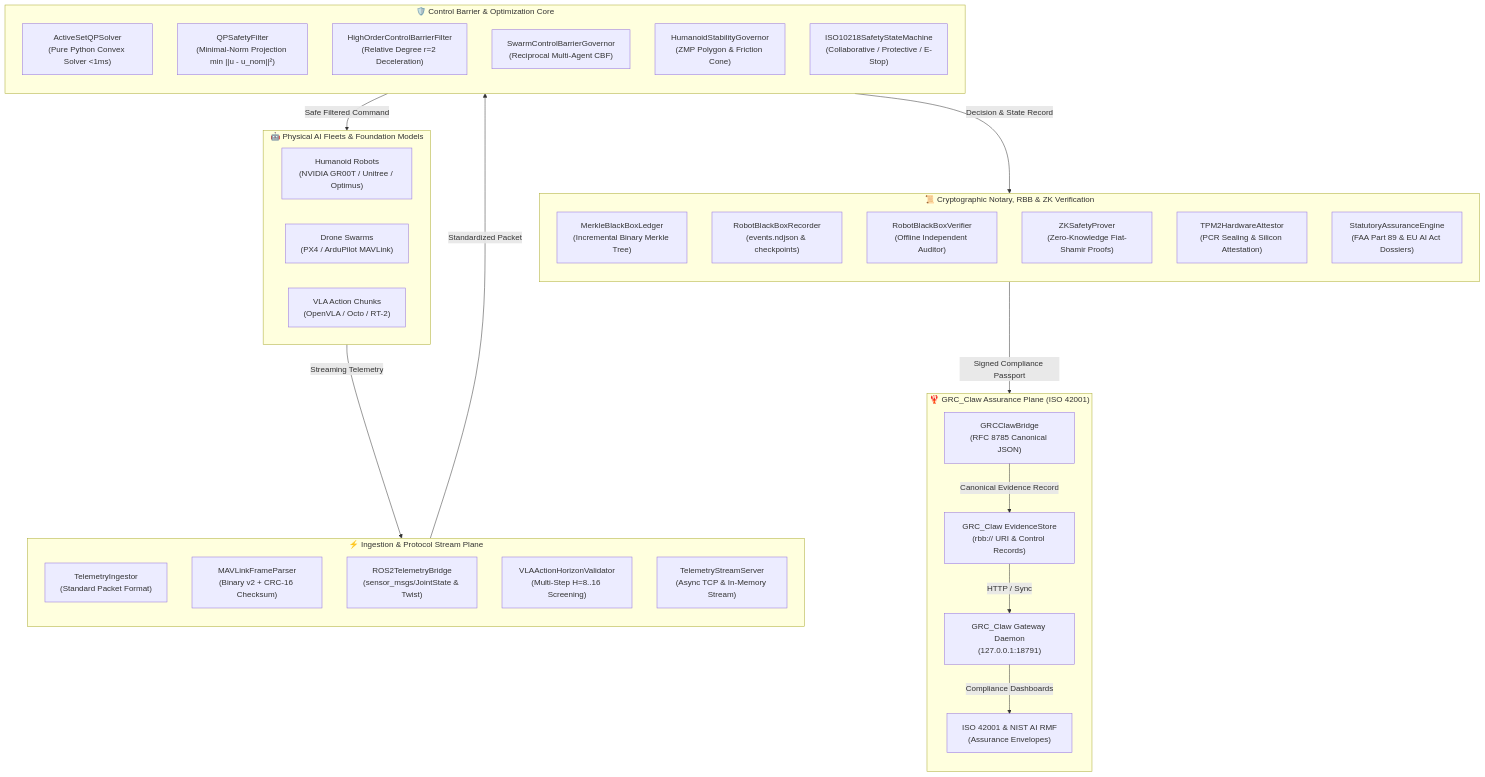
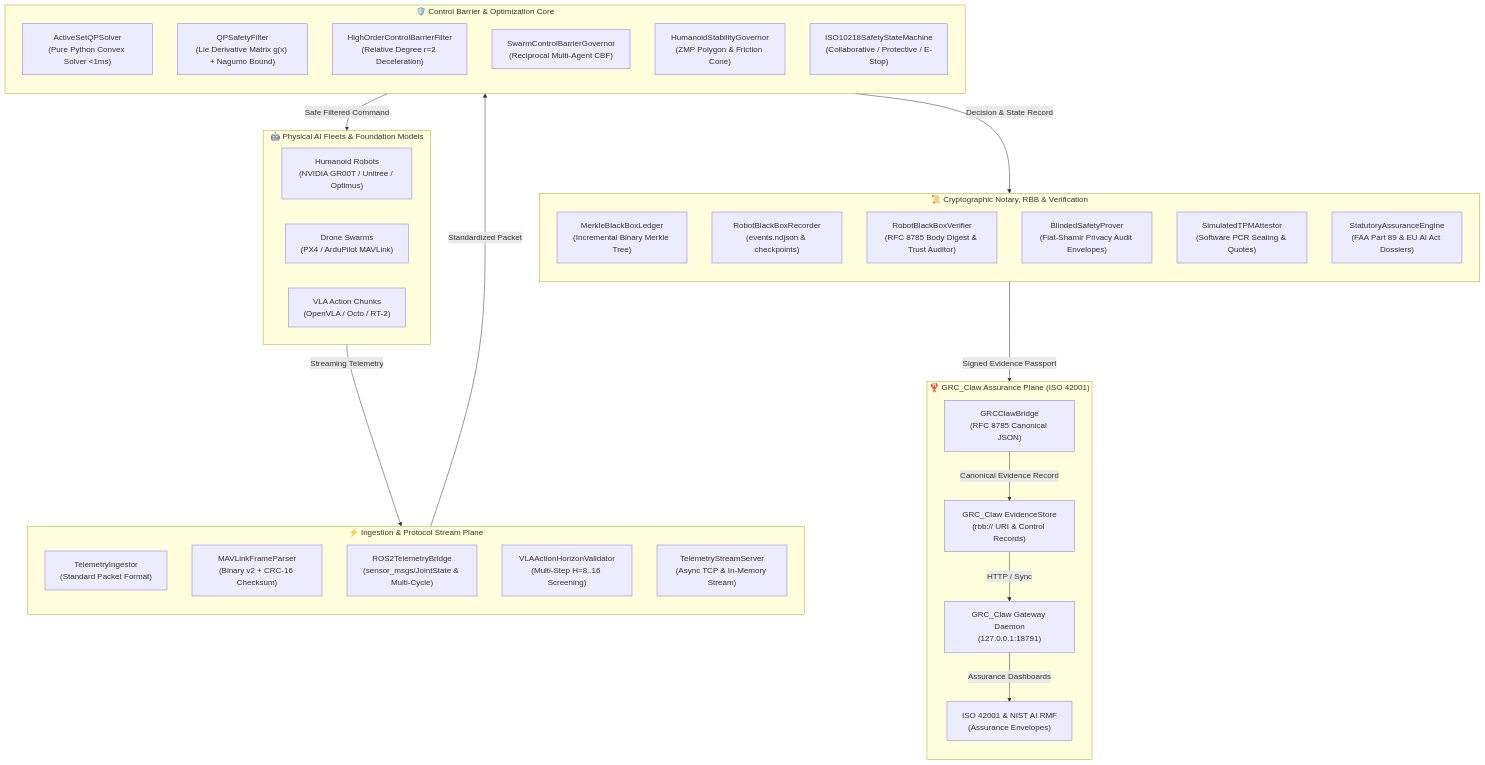
One commit to AAH20/physical-ai-governor changed the first of 2 diagrams in README.md. Above: the diagram before and after it, drawn with Mermaid. The commit also changed other lines of this file and 10 other files, not shown here.

Commit message:
fix: audit remediation, RBB cryptographic verification, ROS 2 fix, and claims reset

````diff
--- a/README.md
+++ b/README.md
@@ -18,55 +31,55 @@
 ```mermaid
 flowchart TD
   subgraph FLEET["🤖 Physical AI Fleets & Foundation Models"]
     direction LR
     H1["Humanoid Robots<br/>(NVIDIA GR00T / Unitree / Optimus)"]
     DR["Drone Swarms<br/>(PX4 / ArduPilot MAVLink)"]
     VLA["VLA Action Chunks<br/>(OpenVLA / Octo / RT-2)"]
   end
 
   subgraph INGEST["⚡ Ingestion & Protocol Stream Plane"]
     direction TB
     ING["TelemetryIngestor<br/>(Standard Packet Format)"]
     MFP["MAVLinkFrameParser<br/>(Binary v2 + CRC-16 Checksum)"]
-    ROS["ROS2TelemetryBridge<br/>(sensor_msgs/JointState &amp; Twist)"]
+    ROS["ROS2TelemetryBridge<br/>(sensor_msgs/JointState &amp; Multi-Cycle)"]
     VAV["VLAActionHorizonValidator<br/>(Multi-Step H=8..16 Screening)"]
     TSS["TelemetryStreamServer<br/>(Async TCP &amp; In-Memory Stream)"]
   end
 
   subgraph SAFETY["🛡️ Control Barrier & Optimization Core"]
     direction TB
     QP["ActiveSetQPSolver<br/>(Pure Python Convex Solver &lt;1ms)"]
-    QPF["QPSafetyFilter<br/>(Minimal-Norm Projection min ||u - u_nom||²)"]
+    QPF["QPSafetyFilter<br/>(Lie Derivative Matrix g(x) + Nagumo Bound)"]
     HOCBF["HighOrderControlBarrierFilter<br/>(Relative Degree r=2 Deceleration)"]
     SWARM["SwarmControlBarrierGovernor<br/>(Reciprocal Multi-Agent CBF)"]
     STAB["HumanoidStabilityGovernor<br/>(ZMP Polygon &amp; Friction Cone)"]
     SM["ISO10218SafetyStateMachine<br/>(Collaborative / Protective / E-Stop)"]
   end
 
-  subgraph AUDIT["📜 Cryptographic Notary, RBB & ZK Verification"]
+  subgraph AUDIT["📜 Cryptographic Notary, RBB & Verification"]
     direction TB
     MBL["MerkleBlackBoxLedger<br/>(Incremental Binary Merkle Tree)"]
     RBB["RobotBlackBoxRecorder<br/>(events.ndjson &amp; checkpoints)"]
-    VFY["RobotBlackBoxVerifier<br/>(Offline Independent Auditor)"]
-    ZK["ZKSafetyProver<br/>(Zero-Knowledge Fiat-Shamir Proofs)"]
-    TPM["TPM2HardwareAttestor<br/>(PCR Sealing &amp; Silicon Attestation)"]
+    VFY["RobotBlackBoxVerifier<br/>(RFC 8785 Body Digest &amp; Trust Auditor)"]
+    ZK["BlindedSafetyProver<br/>(Fiat-Shamir Privacy Audit Envelopes)"]
+    TPM["SimulatedTPMAttestor<br/>(Software PCR Sealing &amp; Quotes)"]
     STAT["StatutoryAssuranceEngine<br/>(FAA Part 89 &amp; EU AI Act Dossiers)"]
   end
 
   subgraph GRC["🦞 GRC_Claw Assurance Plane (ISO 42001)"]
     direction TB
     BRIDGE["GRCClawBridge<br/>(RFC 8785 Canonical JSON)"]
     EV["GRC_Claw EvidenceStore<br/>(rbb:// URI &amp; Control Records)"]
     GW["GRC_Claw Gateway Daemon<br/>(127.0.0.1:18791)"]
     AIMS["ISO 42001 &amp; NIST AI RMF<br/>(Assurance Envelopes)"]
   end
 
   FLEET -->|Streaming Telemetry| INGEST
   INGEST -->|Standardized Packet| SAFETY
   SAFETY -->|Safe Filtered Command| FLEET
   SAFETY -->|Decision &amp; State Record| AUDIT
-  AUDIT -->|Signed Compliance Passport| BRIDGE
+  AUDIT -->|Signed Evidence Passport| BRIDGE
   BRIDGE -->|Canonical Evidence Record| EV
   EV -->|HTTP / Sync| GW
-  GW -->|Compliance Dashboards| AIMS
+  GW -->|Assurance Dashboards| AIMS
 ```
````
